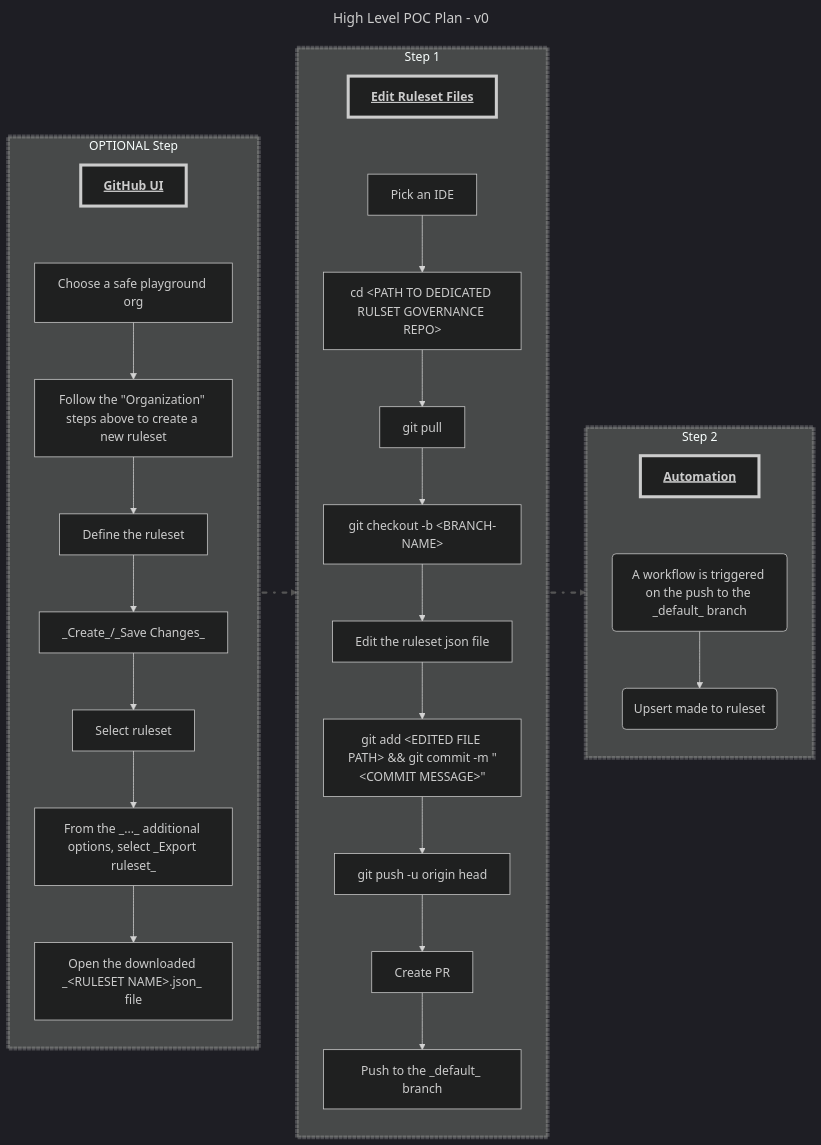
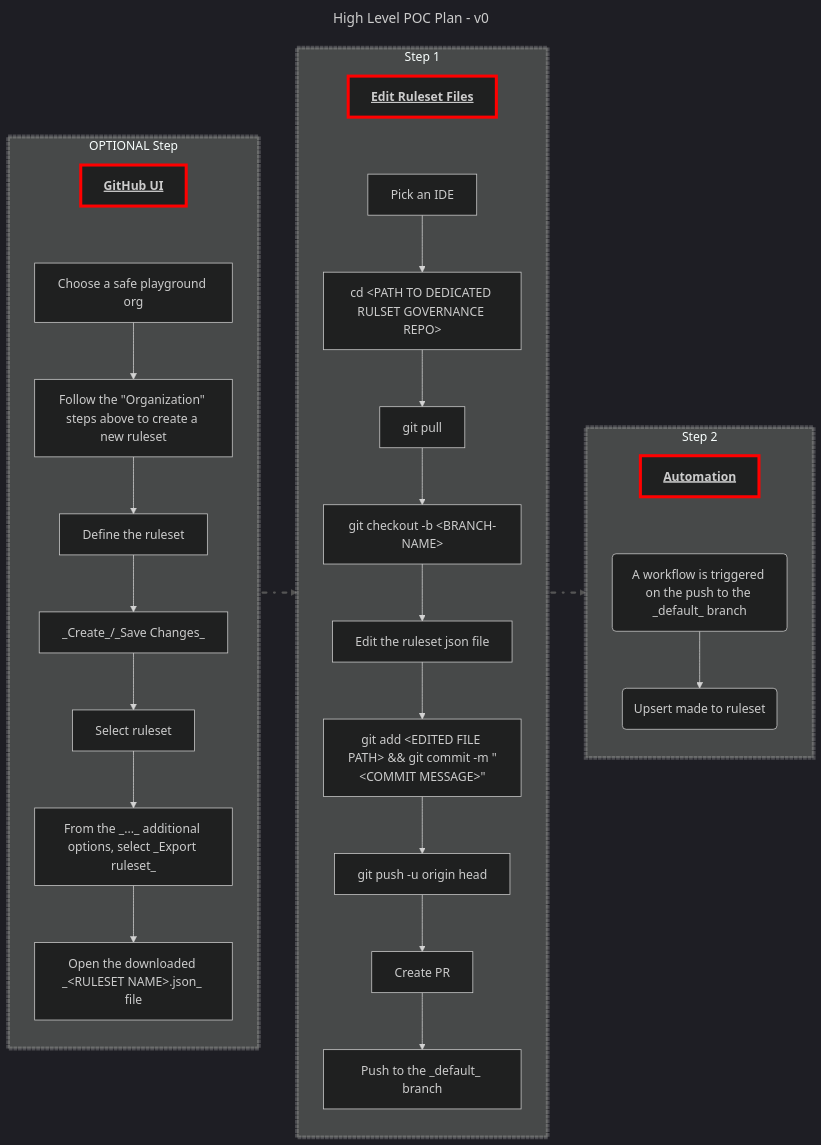
One commit to jwilliams-gh-sandbox/ruleset-governance changed the diagram in .github/README.md. Above: the diagram before and after it, drawn with Mermaid.

Commit message:
more readme updates

````diff
--- a/.github/README.md
+++ b/.github/README.md
@@ -50,54 +50,54 @@
 ```mermaid
 ---
 title: High Level POC Plan - v0
 ---
 %%{init: {'theme':'dark'}}%%
 flowchart LR
     subgraph optional_ui["OPTIONAL Step"]
         direction TB
         title_optional_ui["GitHub UI"] ~~~ choose_playground["Choose a safe playground org"]
         choose_playground --> follow_steps["Follow the #quot;Organization#quot; steps above to create a new ruleset"]
         follow_steps --> define_props["Define the ruleset"]
         define_props --> create["_Create_/_Save Changes_"]
         create --> select_ruleset["Select ruleset"]
         select_ruleset --> export["From the _..._ additional options, select _Export ruleset_"]
         export --> download["Open the downloaded _&lt;RULESET NAME&gt;.json_ file"]
     end
 
     subgraph edit_rulesets["Step 1"]
         direction TB
         title_edit_rulesets["Edit Ruleset Files"] ~~~ pick_ide["Pick an IDE"]
         pick_ide --> cd_repo["`cd &lt;PATH TO DEDICATED RULSET GOVERNANCE REPO&gt;`"]
         cd_repo --> git_pull["`git pull`"]
         git_pull --> git_checkout["`git checkout -b &lt;BRANCH-NAME&gt;`"]
         git_checkout --> edit_file["Edit the ruleset json file"]
         edit_file --> gcam["`git add &lt;EDITED FILE PATH&gt; && git commit -m #quot;&lt;COMMIT MESSAGE&gt;#quot;`"]
         gcam --> git_push["`git push -u origin head`"]
         git_push --> create_pr["Create PR"]
         create_pr --> push_default["Push to the _default_ branch"]
     end
 
     optional_ui optional_ui_to_edit_rulesets@--> edit_rulesets
 
     subgraph automation["Step 2"]
         direction TB
         title_automation["Automation"] ~~~ workflow_trigger("A workflow is triggered on the push to the _default_ branch")
         workflow_trigger --> workflow_diff_discovery("Upsert made to ruleset")
     end
 
     edit_rulesets edit_rulesets_to_automation@--> automation
 
     %% arrow styles
     classDef animate_arrow stroke: #555, stroke-linecap:round, stroke-dasharray: 1 10 5 10, stroke-dashoffset: 500px, stroke-width:3px, animation: dash 50s linear infinite;
     class optional_ui_to_edit_rulesets,edit_rulesets_to_automation animate_arrow
 
     %% title styles
-    classDef title stroke-width:4px, text-decoration: underline, font-weight:bold;
+    classDef title stroke-width:4px, text-decoration: underline, font-weight:bold, stroke: red;
     class title_optional_ui,title_edit_rulesets,title_automation title
 
     %% subgraph styles
     classDef _subgraph stroke-width:5px, stroke-dasharray: 5 1, stoke-linecap: round, stroke-opacity: 80%;
     class optional_ui,edit_rulesets,automation _subgraph
 
 
 ```
````
